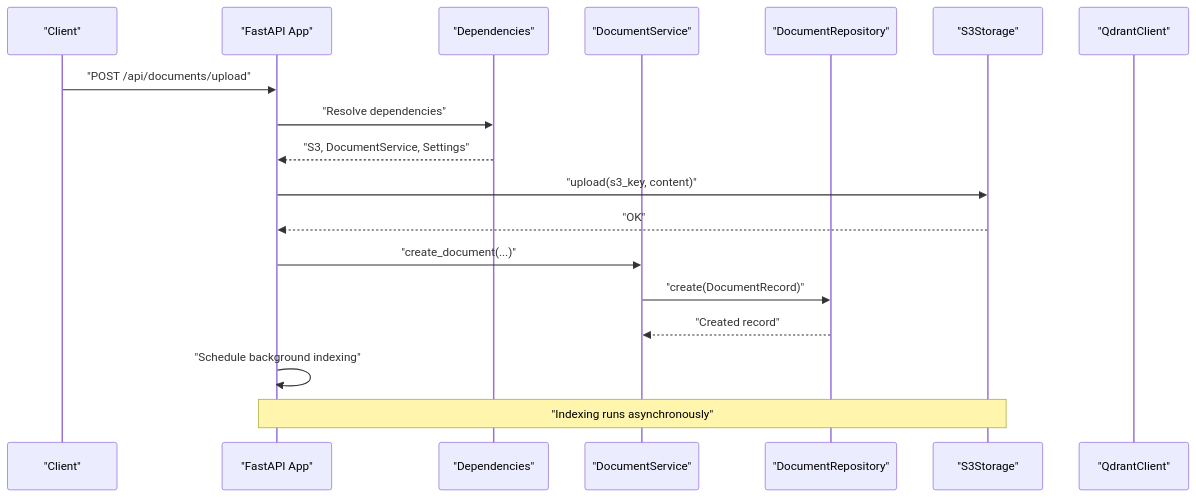
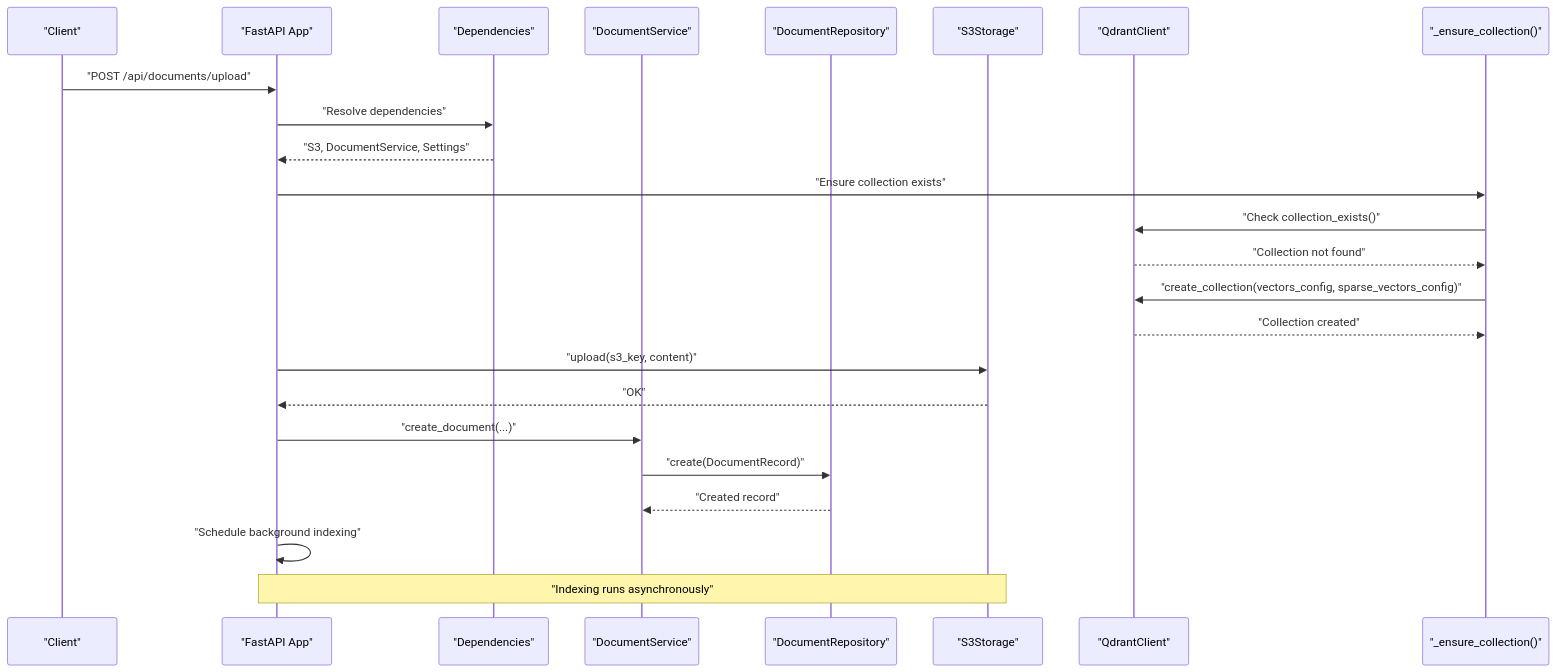
Before and after one commit to ognelis/cafetera_hr_bot: the second of 7 diagrams in .qoder/repowiki/en/content/API Reference/Resource Management System.md, drawn with Mermaid. The commit also changed other lines of this file and 9 other files, not shown here.

````diff
--- a/.qoder/repowiki/en/content/API Reference/Resource Management System.md
+++ b/.qoder/repowiki/en/content/API Reference/Resource Management System.md
@@ -140,20 +165,26 @@
 ```mermaid
 sequenceDiagram
 participant Client as "Client"
 participant API as "FastAPI App"
 participant Deps as "Dependencies"
 participant Svc as "DocumentService"
 participant Repo as "DocumentRepository"
 participant S3 as "S3Storage"
 participant Qdr as "QdrantClient"
+participant Coll as "_ensure_collection()"
 Client->>API : "POST /api/documents/upload"
 API->>Deps : "Resolve dependencies"
 Deps-->>API : "S3, DocumentService, Settings"
+API->>Coll : "Ensure collection exists"
+Coll->>Qdr : "Check collection_exists()"
+Qdr-->>Coll : "Collection not found"
+Coll->>Qdr : "create_collection(vectors_config, sparse_vectors_config)"
+Qdr-->>Coll : "Collection created"
 API->>S3 : "upload(s3_key, content)"
 S3-->>API : "OK"
 API->>Svc : "create_document(...)"
 Svc->>Repo : "create(DocumentRecord)"
 Repo-->>Svc : "Created record"
 API->>API : "Schedule background indexing"
 Note over API,S3 : "Indexing runs asynchronously"
 ```
````
